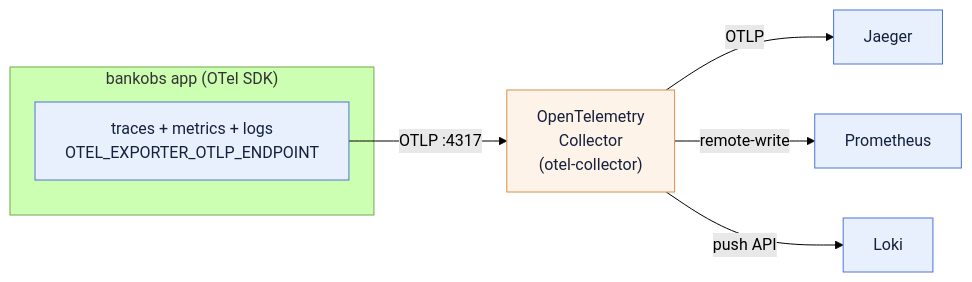
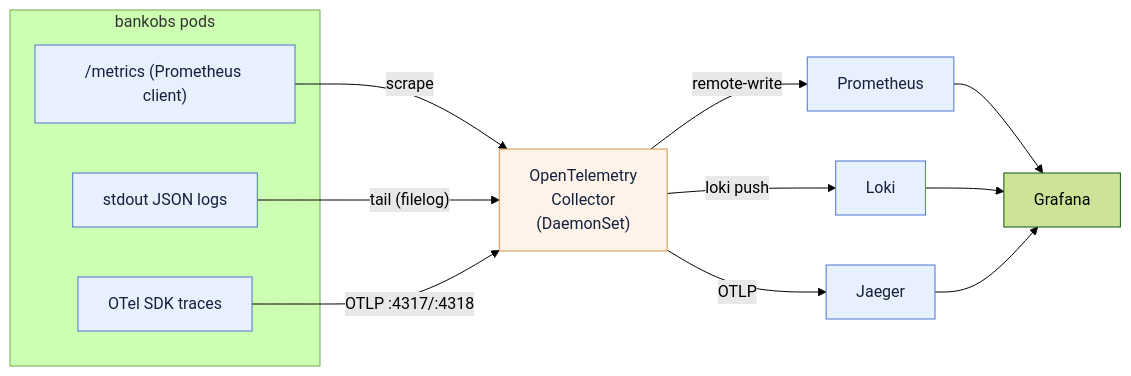
Before and after one commit to obs-v1/student-practice: the diagram in OTEL/docs/00-overview.md, drawn with Mermaid (forest theme). The commit also changed other lines of this file and 15 other files, not shown here.

````diff
--- a/OTEL/docs/00-overview.md
+++ b/OTEL/docs/00-overview.md
@@ -20,14 +26,18 @@
 ```mermaid
 flowchart LR
-  subgraph app["bankobs app (OTel SDK)"]
-    A["traces + metrics + logs\nOTEL_EXPORTER_OTLP_ENDPOINT"]
+  subgraph app["bankobs pods"]
+    M["/metrics (Prometheus client)"]
+    L["stdout JSON logs"]
+    T["OTel SDK traces"]
   end
-  A -- "OTLP :4317" --> C["OpenTelemetry\nCollector\n(otel-collector)"]
+  M -- "scrape" --> C["OpenTelemetry\nCollector\n(DaemonSet)"]
+  L -- "tail (filelog)" --> C
+  T -- "OTLP :4317/:4318" --> C
+  C -- "remote-write" --> P["Prometheus"]
+  C -- "loki push" --> K["Loki"]
   C -- "OTLP" --> J["Jaeger"]
-  C -- "remote-write" --> P["Prometheus"]
-  C -- "push API" --> L["Loki"]
-
+  P --> G["Grafana"]; K --> G; J --> G
   classDef b fill:#e8f0fe,stroke:#4a74d6,color:#14213d;
   classDef c fill:#fef3e8,stroke:#d6914a,color:#14213d;
-  class A,J,P,L b; class C c;
+  class M,L,T,P,K,J b; class C c;
 ```
````
